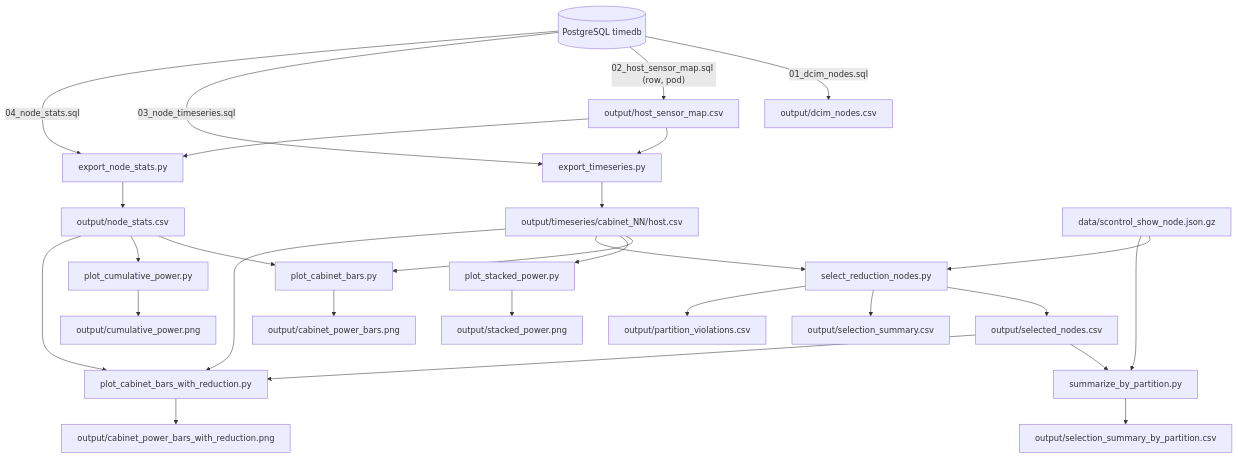
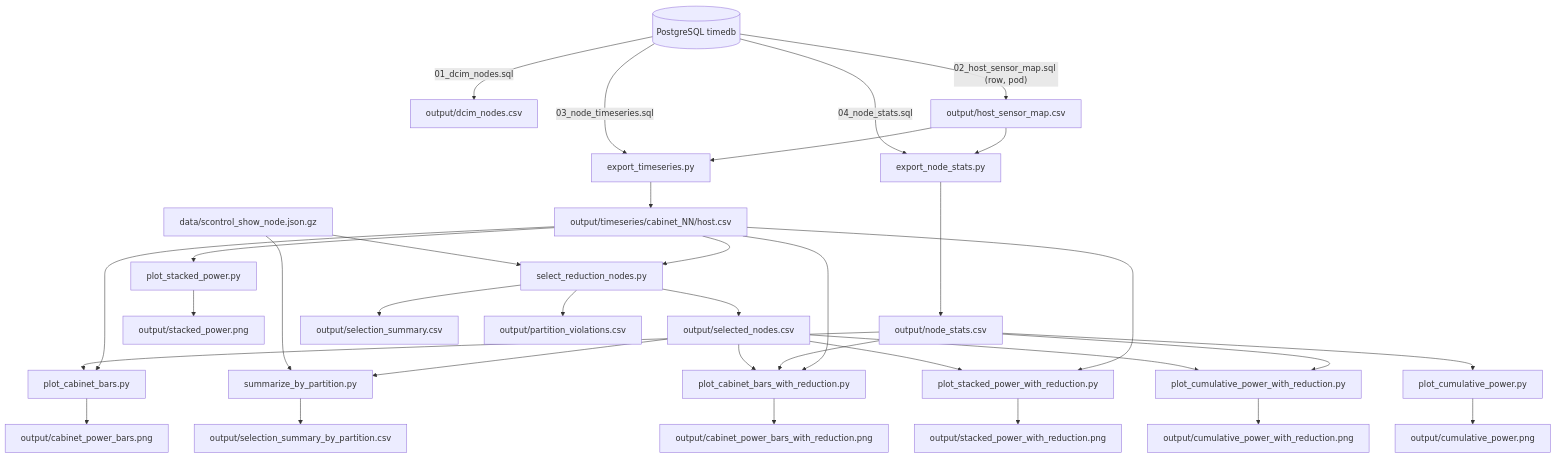
Before and after one commit to mit-orcd/power_reduce_planner: the diagram in DESIGN.md, drawn with Mermaid. The commit also changed other lines of this file and 9 other files, not shown here.

First line of the commit message:
Add cumulative/stacked plot variants for reduction selection (Phase 07 CR)

```diff
--- a/DESIGN.md
+++ b/DESIGN.md
@@ -38,31 +40,37 @@
 ~~~mermaid
 flowchart TD
     PG[("PostgreSQL timedb")]
     PG -->|"01_dcim_nodes.sql"| DCIM["output/dcim_nodes.csv"]
     PG -->|"02_host_sensor_map.sql (row, pod)"| MAP["output/host_sensor_map.csv"]
     MAP --> TS_STEP["export_timeseries.py"]
     PG -->|"03_node_timeseries.sql"| TS_STEP
     TS_STEP --> TSCSV["output/timeseries/cabinet_NN/host.csv"]
     MAP --> STATS_STEP["export_node_stats.py"]
     PG -->|"04_node_stats.sql"| STATS_STEP
     STATS_STEP --> NSCSV["output/node_stats.csv"]
     TSCSV --> PLOT["plot_cabinet_bars.py"]
     NSCSV --> PLOT
     PLOT --> PNG["output/cabinet_power_bars.png"]
     NSCSV --> CUMPLOT["plot_cumulative_power.py"]
     CUMPLOT --> CUMPNG["output/cumulative_power.png"]
     TSCSV --> STACK["plot_stacked_power.py"]
     STACK --> STACKPNG["output/stacked_power.png"]
     TSCSV --> SEL["select_reduction_nodes.py"]
     SCONTROL["data/scontrol_show_node.json.gz"] --> SEL
     SEL --> SELOUT["output/selected_nodes.csv"]
     SEL --> SUMMARY["output/selection_summary.csv"]
     SEL --> VIOL["output/partition_violations.csv"]
     SELOUT --> BYPART["summarize_by_partition.py"]
     SCONTROL --> BYPART
     BYPART --> BYPARTOUT["output/selection_summary_by_partition.csv"]
     TSCSV --> PLOT2["plot_cabinet_bars_with_reduction.py"]
     NSCSV --> PLOT2
     SELOUT --> PLOT2
     PLOT2 --> PNG2["output/cabinet_power_bars_with_reduction.png"]
+    NSCSV --> CUMRED["plot_cumulative_power_with_reduction.py"]
+    SELOUT --> CUMRED
+    CUMRED --> CUMREDPNG["output/cumulative_power_with_reduction.png"]
+    TSCSV --> STACKRED["plot_stacked_power_with_reduction.py"]
+    SELOUT --> STACKRED
+    STACKRED --> STACKREDPNG["output/stacked_power_with_reduction.png"]
 ~~~
```
